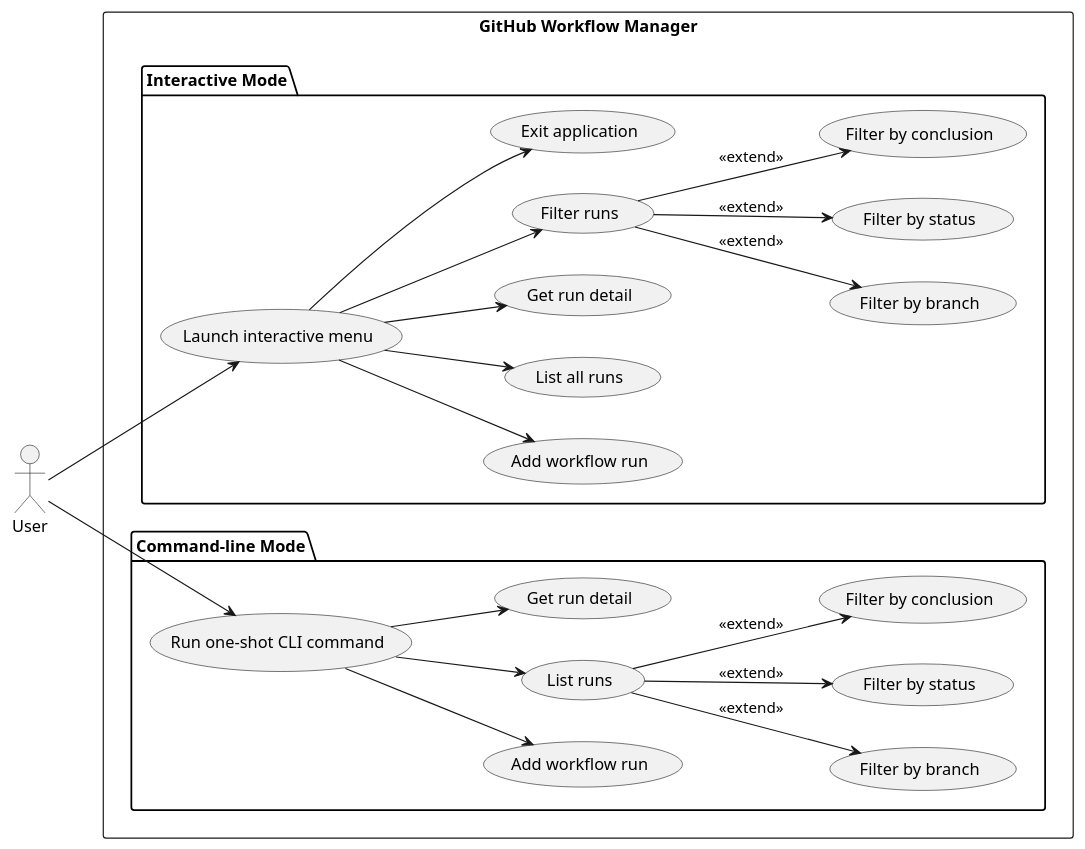
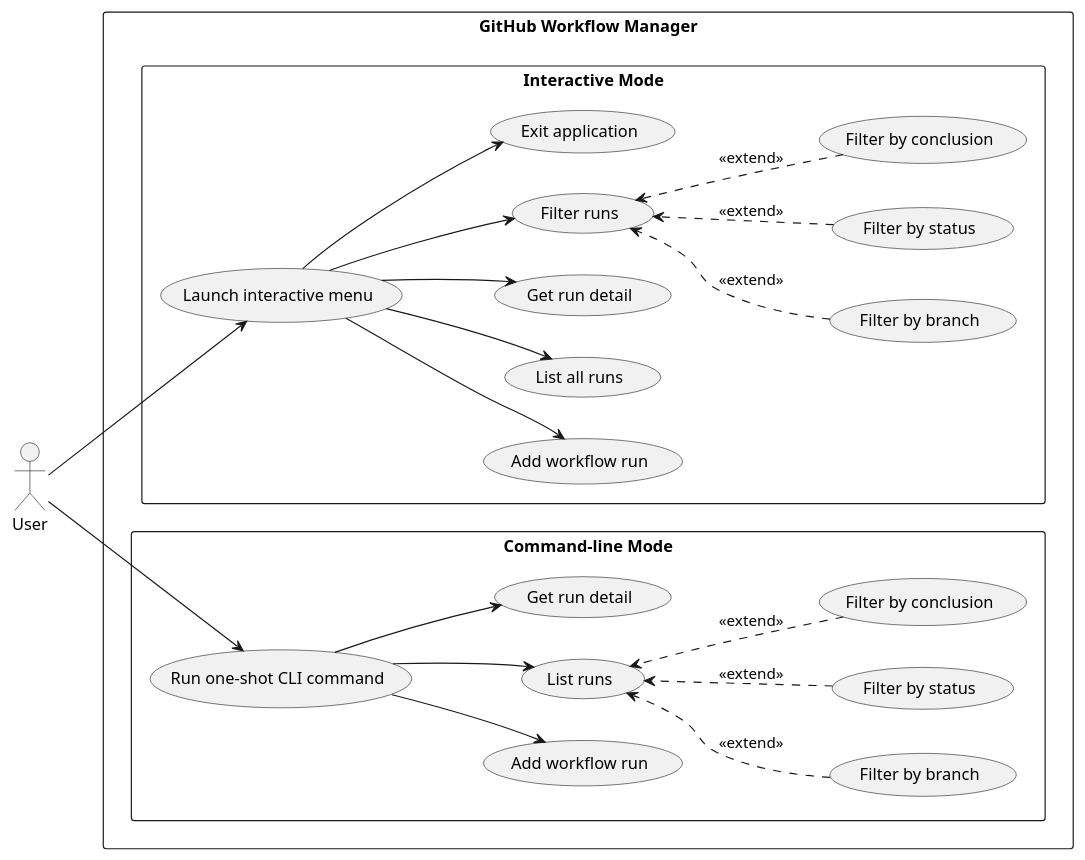
The diagram in baseline/github-workflow-manager/artifacts/use_case_diagram.puml (DanielRiha8906/Software_autoevolution_using_agents), drawn with PlantUML before and after one commit. The commit also changed 30 other files, not shown here.

```diff
--- a/baseline/github-workflow-manager/artifacts/use_case_diagram.puml
+++ b/baseline/github-workflow-manager/artifacts/use_case_diagram.puml
@@ -1,53 +1,77 @@
 @startuml use_case_diagram
 
 left to right direction
+skinparam packageStyle rectangle
 
 actor User
 
 rectangle "GitHub Workflow Manager" {
 
   package "Interactive Mode" {
     usecase "Launch interactive menu"  as UI
+
     usecase "Add workflow run"         as I_ADD
     usecase "List all runs"            as I_LIST
     usecase "Get run detail"           as I_DETAIL
     usecase "Filter runs"              as I_FILTER
+    usecase "Exit application"         as I_EXIT
+
     usecase "Filter by branch"         as I_FBRANCH
     usecase "Filter by status"         as I_FSTATUS
     usecase "Filter by conclusion"     as I_FCONCL
-    usecase "Exit application"         as I_EXIT
   }
 
   package "Command-line Mode" {
     usecase "Run one-shot CLI command" as CLI
+
     usecase "Add workflow run"         as C_ADD
     usecase "List runs"                as C_LIST
+    usecase "Get run detail"           as C_DETAIL
+
     usecase "Filter by branch"         as C_FBRANCH
     usecase "Filter by status"         as C_FSTATUS
     usecase "Filter by conclusion"     as C_FCONCL
-    usecase "Get run detail"           as C_DETAIL
   }
 }
 
 User --> UI
 User --> CLI
 
+UI -[hidden]right-> I_ADD
+UI -[hidden]right-> I_LIST
+UI -[hidden]right-> I_DETAIL
+UI -[hidden]right-> I_FILTER
+UI -[hidden]right-> I_EXIT
+
+I_FILTER -[hidden]right-> I_FBRANCH
+I_FILTER -[hidden]right-> I_FSTATUS
+I_FILTER -[hidden]right-> I_FCONCL
+
+CLI -[hidden]right-> C_ADD
+CLI -[hidden]right-> C_LIST
+CLI -[hidden]right-> C_DETAIL
+
+C_LIST -[hidden]right-> C_FBRANCH
+C_LIST -[hidden]right-> C_FSTATUS
+C_LIST -[hidden]right-> C_FCONCL
+
+' Interactive mode actions
 UI --> I_ADD
 UI --> I_LIST
 UI --> I_DETAIL
 UI --> I_FILTER
 UI --> I_EXIT
 
-I_FILTER --> I_FBRANCH  : <<extend>>
-I_FILTER --> I_FSTATUS  : <<extend>>
-I_FILTER --> I_FCONCL   : <<extend>>
+I_FBRANCH ..> I_FILTER : <<extend>>
+I_FSTATUS ..> I_FILTER : <<extend>>
+I_FCONCL  ..> I_FILTER : <<extend>>
 
 CLI --> C_ADD
 CLI --> C_LIST
 CLI --> C_DETAIL
 
-C_LIST --> C_FBRANCH  : <<extend>>
-C_LIST --> C_FSTATUS  : <<extend>>
-C_LIST --> C_FCONCL   : <<extend>>
+C_FBRANCH ..> C_LIST : <<extend>>
+C_FSTATUS ..> C_LIST : <<extend>>
+C_FCONCL  ..> C_LIST : <<extend>>
 
 @enduml
```
